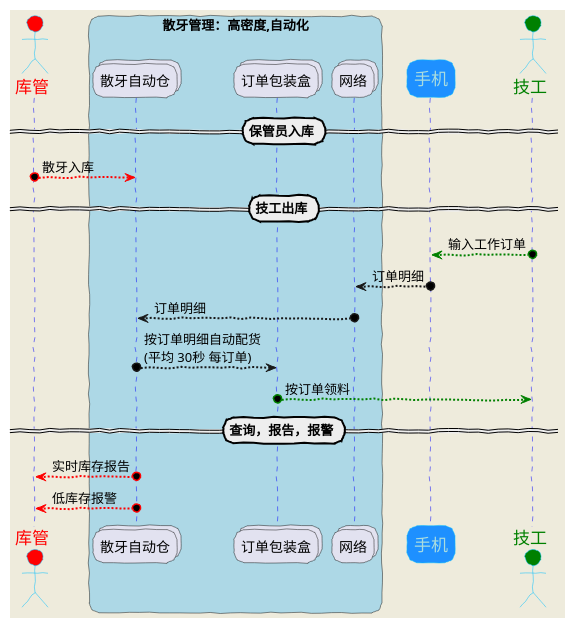
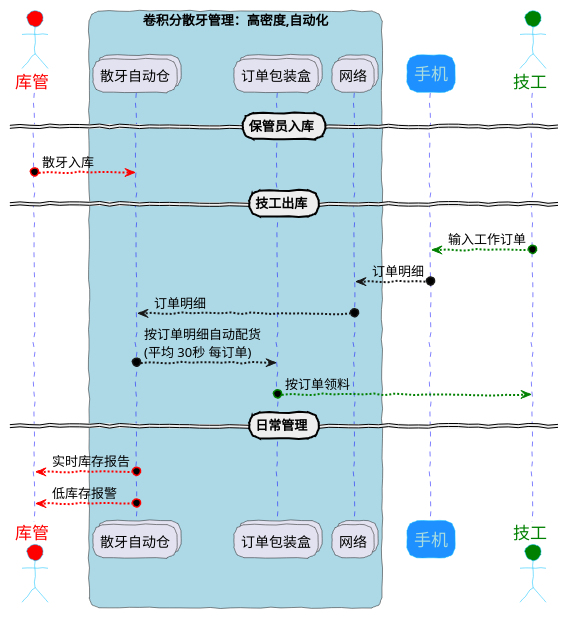
The diagram in apps/twh2/docs/uml_sequrence.puml (voicevon/gobot_front), drawn with PlantUML before and after one commit. The commit also changed 16 other files, not shown here.

```diff
--- a/apps/twh2/docs/uml_sequrence.puml
+++ b/apps/twh2/docs/uml_sequrence.puml
@@ -1,56 +1,56 @@
 @startuml
 skinparam sequenceArrowThickness 2
 skinparam roundcorner 20
 
-skinparam backgroundColor #EEEBDC
+' skinparam backgroundColor #EEEBDC
 skinparam handwritten true
 skinparam fontname Impact
 
 
 skinparam sequence {
 ' ArrowColor DeepSkyBlue
 ActorBorderColor DeepSkyBlue
 LifeLineBorderColor blue
 LifeLineBackgroundColor #A9DCDF
 
 ParticipantBorderColor DeepSkyBlue
 ParticipantBackgroundColor DodgerBlue
 ParticipantFontName Impact
 ParticipantFontSize 17
 ParticipantFontColor #A9DCDF
 
 ' ActorBackgroundColor aqua
 ActorBackgroundColor red
 ActorFontColor red
 ActorFontSize 17
 ActorFontName Aera
 }
 
 actor 库管 as 库管
 
-box "散牙管理：高密度,自动化" #LightBlue
+box "卷积分散牙管理：高密度,自动化" #LightBlue
 collections 散牙自动仓 as 散牙自动仓
 collections 订单包装盒 as 订单包装盒
 collections 网络 as 网络
 end box
 
 participant 手机 as 手机
 skinparam sequence{
 ActorBackgroundColor green
 ActorFontColor green
 ActorFontSize 17
 ActorFontName Impact
 }
 actor 技工 as 技工
 == 保管员入库 ==
 库管 o-[#Red]-> 散牙自动仓: 散牙入库
 == 技工出库 ==
 手机<-[#Green]-o 技工: 输入工作订单
 手机 o--> 网络: 订单明细
 网络 o--> 散牙自动仓: 订单明细
 散牙自动仓 o--> 订单包装盒: 按订单明细自动配货\n(平均 30秒 每订单)
 订单包装盒 o-[#Green,bold]-> 技工: 按订单领料
-== 查询，报告，报警 ==
+== 日常管理 ==
 散牙自动仓 o-[#Red]-> 库管: 实时库存报告
 散牙自动仓 o-[#Red]-> 库管: 低库存报警
 @enduml
```
